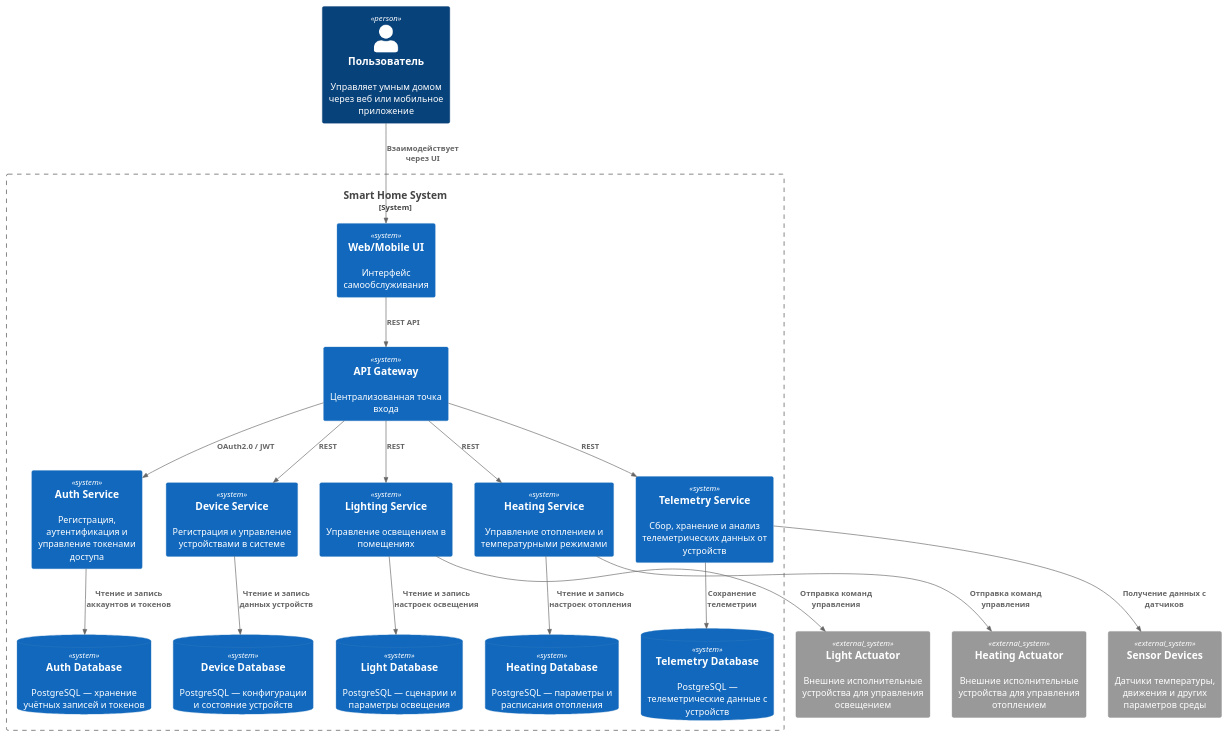
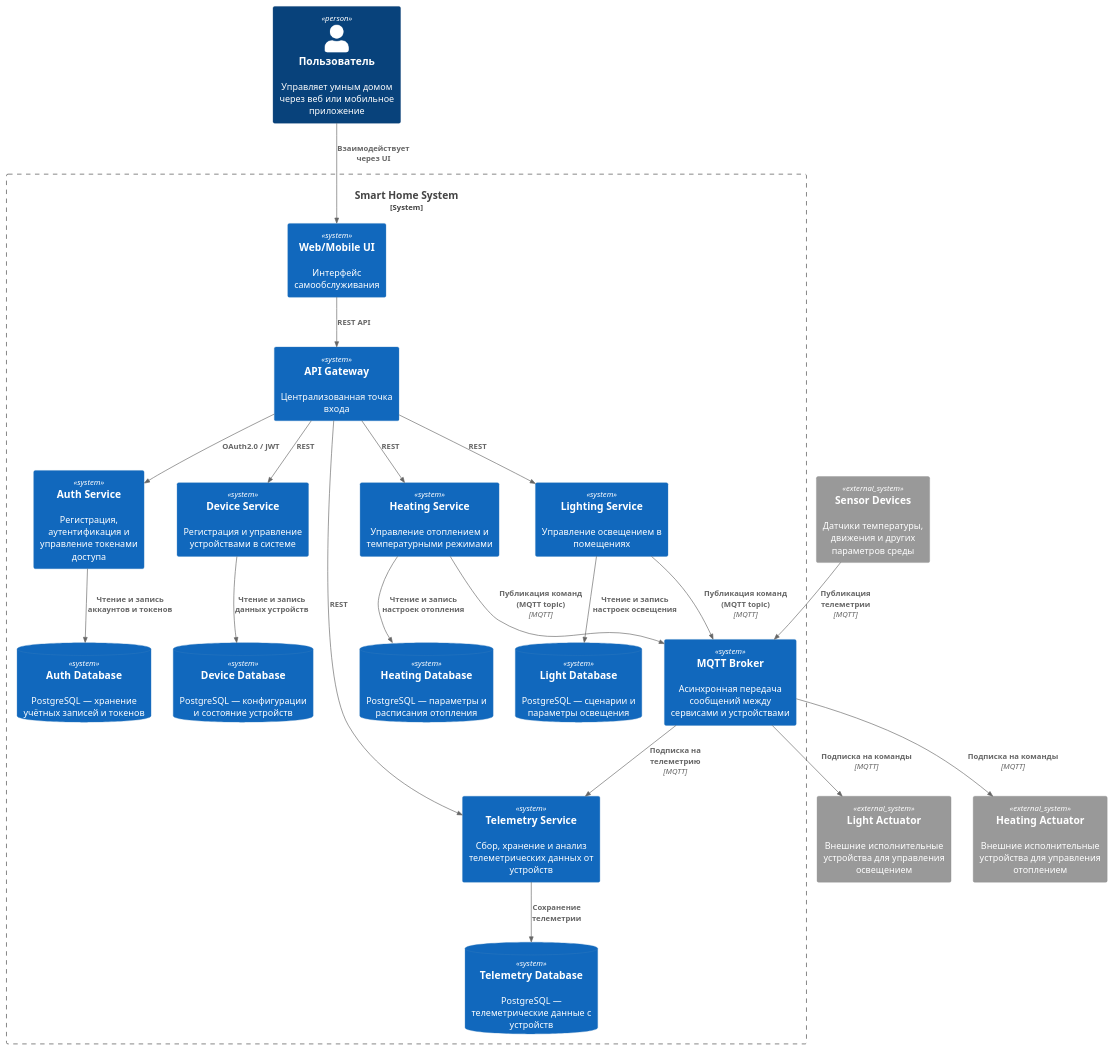
The diagram in diagrams/containers/warmhouse_container.puml (Rizat19/ya-arch-warmhouse), drawn with PlantUML before and after one commit. The commit also changed 7 other files, not shown here.

```diff
--- a/diagrams/containers/warmhouse_container.puml
+++ b/diagrams/containers/warmhouse_container.puml
@@ -1,44 +1,49 @@
 @startuml
 !include https://raw.githubusercontent.com/plantuml-stdlib/C4-PlantUML/master/C4_Context.puml
 
 Person(User, "Пользователь", "Управляет умным домом через веб или мобильное приложение")
 
 System_Boundary(SmartHome, "Smart Home System") {
 
   System(WebApp, "Web/Mobile UI", "Интерфейс самообслуживания")
   System(ApiGateway, "API Gateway", "Централизованная точка входа")
   System(AuthService, "Auth Service", "Регистрация, аутентификация и управление токенами доступа")
   System(DeviceService, "Device Service", "Регистрация и управление устройствами в системе")
   System(LightingService, "Lighting Service", "Управление освещением в помещениях")
   System(HeatingService, "Heating Service", "Управление отоплением и температурными режимами")
   System(TelemetryService, "Telemetry Service", "Сбор, хранение и анализ телеметрических данных от устройств")
+  System(MessageBroker, "MQTT Broker", "Асинхронная передача сообщений между сервисами и устройствами")
 
   SystemDb(AuthDb, "Auth Database", "PostgreSQL — хранение учётных записей и токенов")
   SystemDb(DeviceDb, "Device Database", "PostgreSQL — конфигурации и состояние устройств")
   SystemDb(LightingDb, "Light Database", "PostgreSQL — сценарии и параметры освещения")
   SystemDb(HeatingDb, "Heating Database", "PostgreSQL — параметры и расписания отопления")
   SystemDb(TelemetryDb, "Telemetry Database", "PostgreSQL — телеметрические данные с устройств")
 }
 
 System_Ext(LightActuator, "Light Actuator", "Внешние исполнительные устройства для управления освещением")
 System_Ext(HeatingActuator, "Heating Actuator", "Внешние исполнительные устройства для управления отоплением")
 System_Ext(SensorDevices, "Sensor Devices", "Датчики температуры, движения и других параметров среды")
 
 Rel(User, WebApp, "Взаимодействует через UI")
 Rel(WebApp, ApiGateway, "REST API")
 Rel(ApiGateway, AuthService, "OAuth2.0 / JWT")
 Rel(ApiGateway, DeviceService, "REST")
 Rel(ApiGateway, HeatingService, "REST")
 Rel(ApiGateway, LightingService, "REST")
 Rel(ApiGateway, TelemetryService, "REST")
 
 Rel(AuthService, AuthDb, "Чтение и запись аккаунтов и токенов")
 Rel(DeviceService, DeviceDb, "Чтение и запись данных устройств")
 Rel(HeatingService, HeatingDb, "Чтение и запись настроек отопления")
 Rel(LightingService, LightingDb, "Чтение и запись настроек освещения")
 Rel(TelemetryService, TelemetryDb, "Сохранение телеметрии")
 
-Rel(HeatingService, HeatingActuator, "Отправка команд управления")
-Rel(LightingService, LightActuator, "Отправка команд управления")
-Rel(TelemetryService, SensorDevices, "Получение данных с датчиков")
+Rel(HeatingService, MessageBroker, "Публикация команд (MQTT topic)", "MQTT")
+Rel(LightingService, MessageBroker, "Публикация команд (MQTT topic)", "MQTT")
+Rel(SensorDevices, MessageBroker, "Публикация телеметрии", "MQTT")
+Rel(MessageBroker, TelemetryService, "Подписка на телеметрию", "MQTT")
+Rel(MessageBroker, HeatingActuator, "Подписка на команды", "MQTT")
+Rel(MessageBroker, LightActuator, "Подписка на команды", "MQTT")
+
 @enduml
```
